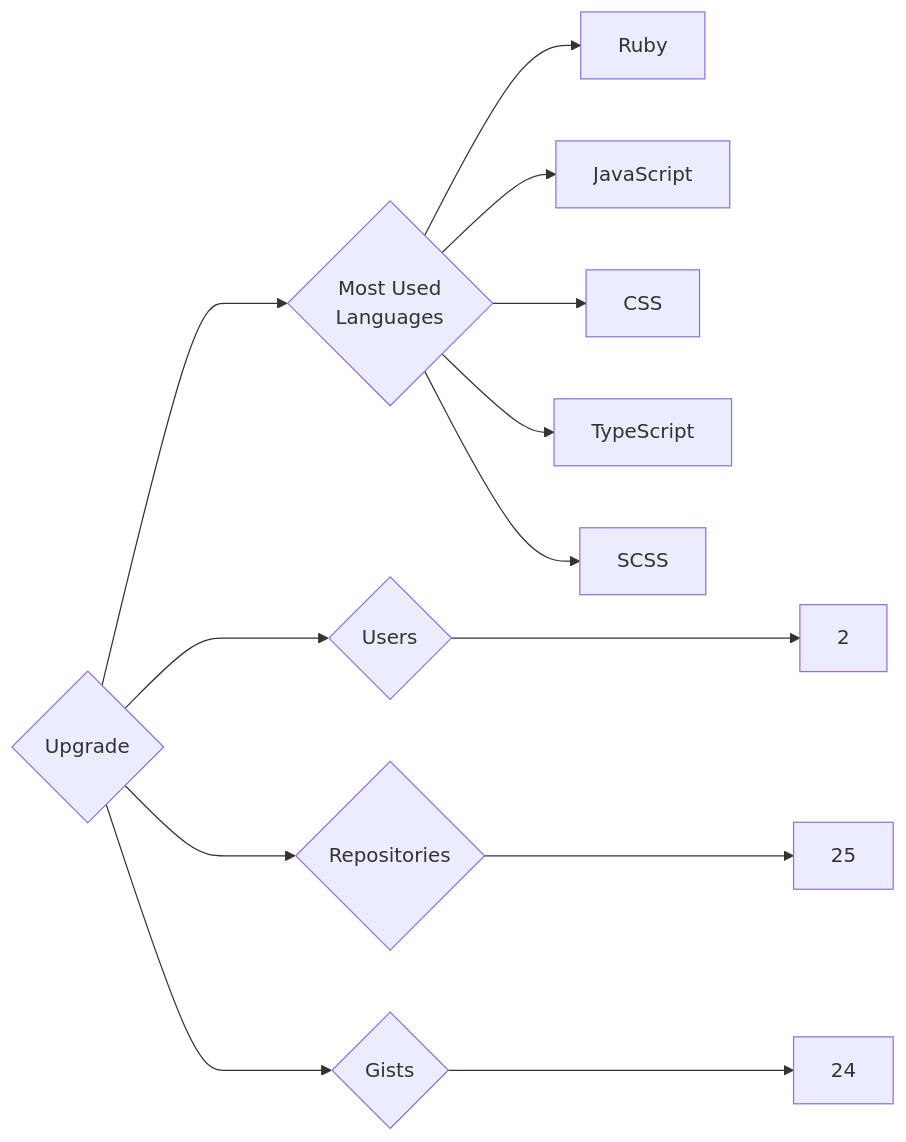
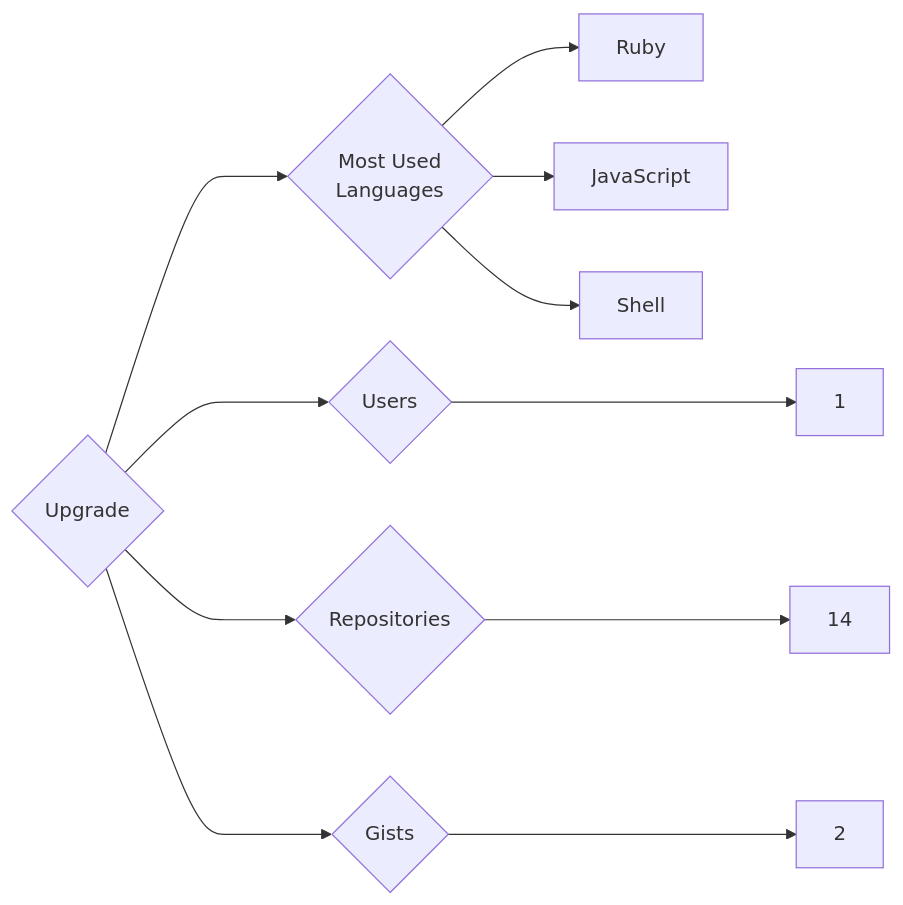
Before and after one commit to trickest/insiders: the diagram in targets/Upgrade/README.md, drawn with Mermaid. The commit also changed 920 other files, not shown here.

````diff
--- a/targets/Upgrade/README.md
+++ b/targets/Upgrade/README.md
@@ -3,13 +3,11 @@
 ```mermaid
 graph LR
 COMPANY_NAME{Upgrade}
-COMPANY_NAME ---> U{Users} ---> UN[2]
-COMPANY_NAME ---> R{Repositories} ---> RN[25]
-COMPANY_NAME ---> G{Gists} ---> GN[24]
+COMPANY_NAME ---> U{Users} ---> UN[1]
+COMPANY_NAME ---> R{Repositories} ---> RN[14]
+COMPANY_NAME ---> G{Gists} ---> GN[2]
 COMPANY_NAME ---> ML{Most Used<br>Languages}
 ML --> Ruby[Ruby]
 ML --> JavaScript[JavaScript]
-ML --> CSS[CSS]
-ML --> TypeScript[TypeScript]
-ML --> SCSS[SCSS]
+ML --> Shell[Shell]
 ```
````
